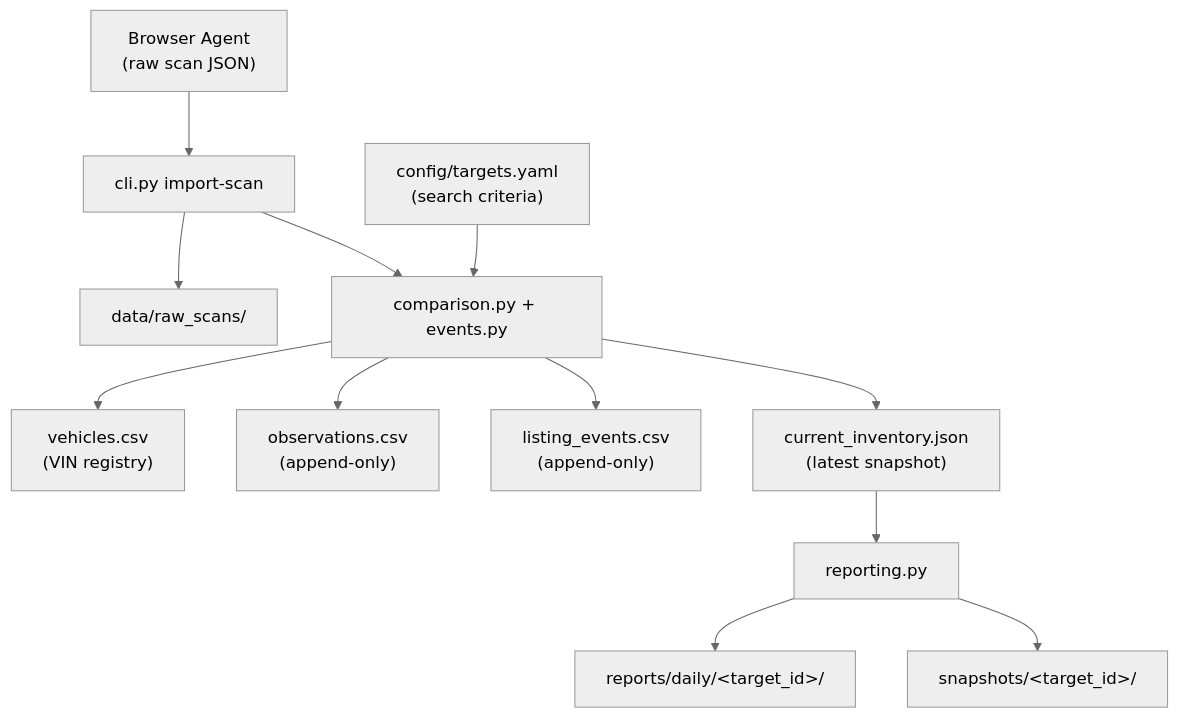
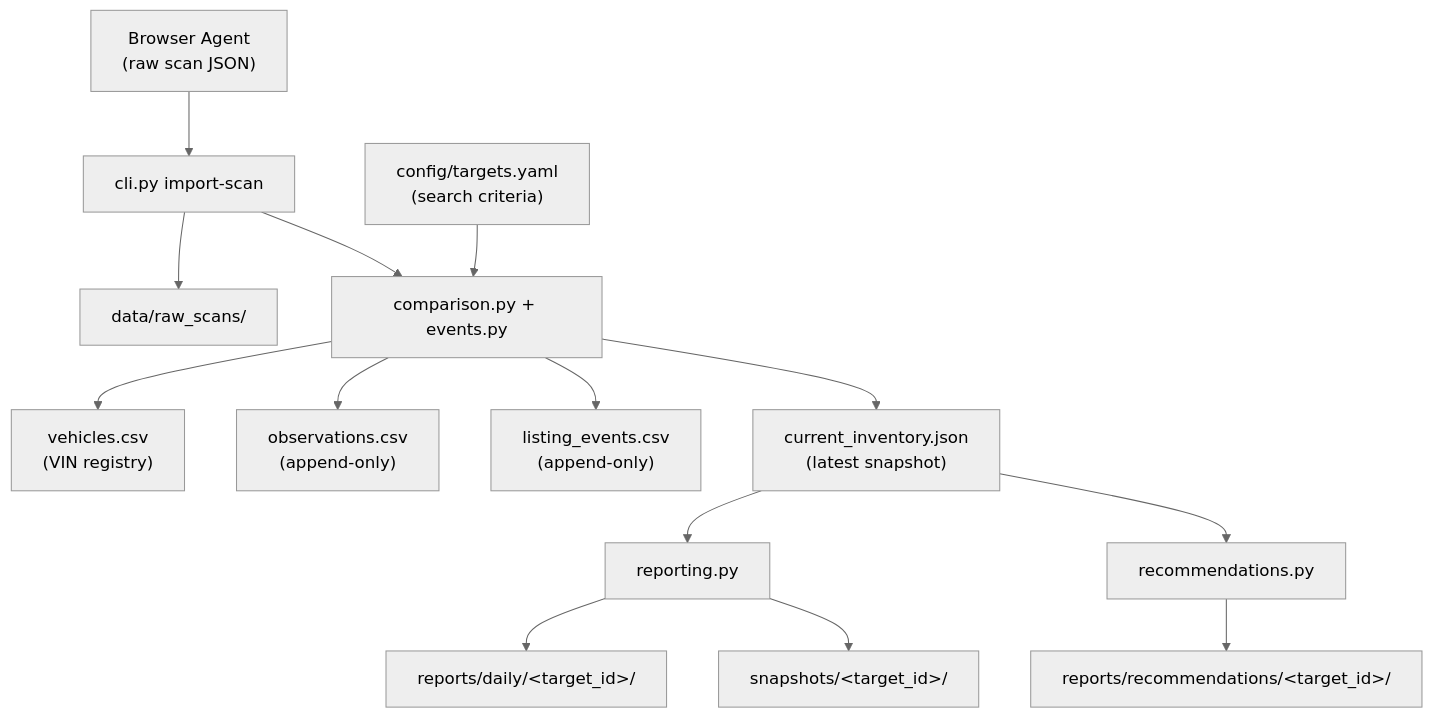
The diagram in README.md (MG-Guan/clutch_tracker), drawn with Mermaid (neutral theme) before and after one commit. The commit also changed other lines of this file and 8 other files, not shown here.

````diff
--- a/README.md
+++ b/README.md
@@ -7,27 +7,29 @@
 ```mermaid
 flowchart TD
     YAML["config/targets.yaml\n(search criteria)"]
     Agent["Browser Agent\n(raw scan JSON)"]
     CLI["cli.py import-scan"]
     Archive["data/raw_scans/"]
     Engine["comparison.py + events.py"]
     Registry["vehicles.csv\n(VIN registry)"]
     Obs["observations.csv\n(append-only)"]
     Events["listing_events.csv\n(append-only)"]
     Inv["current_inventory.json\n(latest snapshot)"]
     Report["reporting.py"]
     Daily["reports/daily/&lt;target_id&gt;/"]
     Snap["snapshots/&lt;target_id&gt;/"]
 
     YAML --> Engine
     Agent --> CLI
     CLI --> Archive
     CLI --> Engine
     Engine --> Registry
     Engine --> Obs
     Engine --> Events
     Engine --> Inv
     Inv --> Report
     Report --> Daily
     Report --> Snap
+    Inv --> Recs["recommendations.py"]
+    Recs --> RecDir["reports/recommendations/&lt;target_id&gt;/"]
 ```
````
